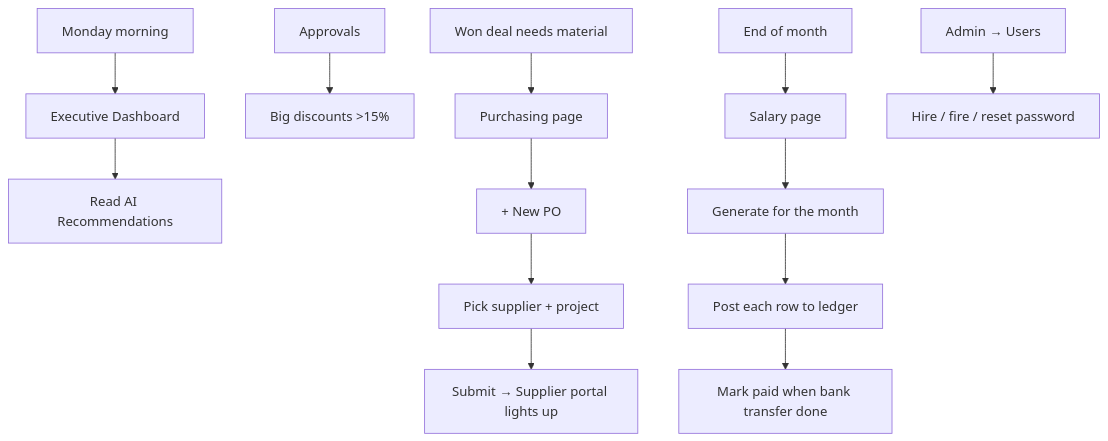
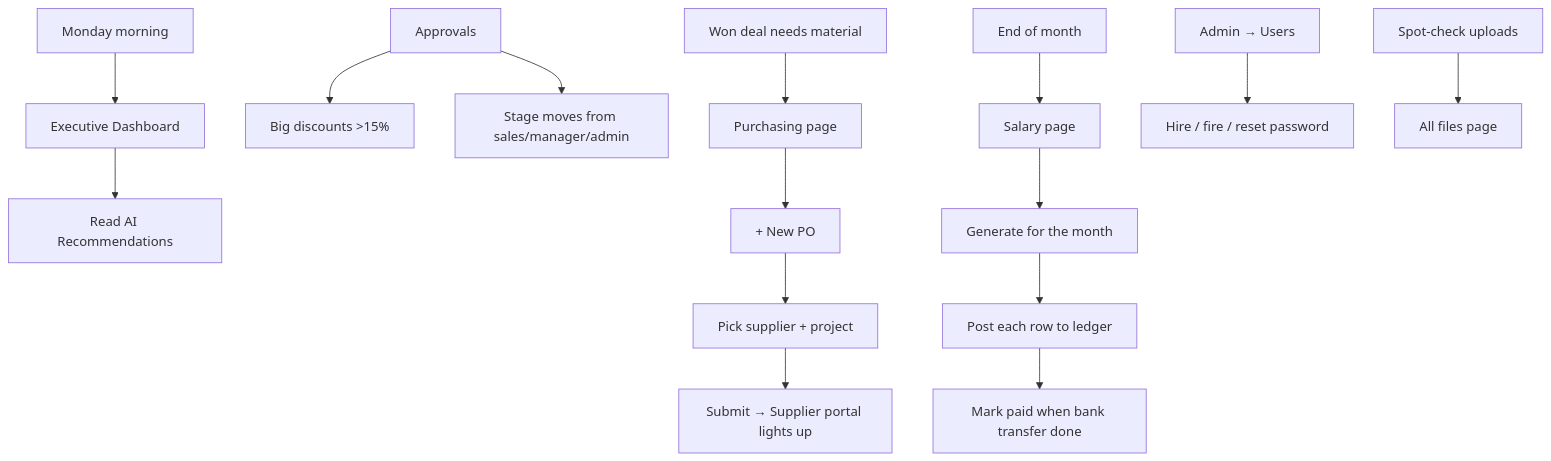
One commit to kakekong/Gay-boy- changed the seventh of 9 diagrams in docs/ROLE_GUIDES.md. Above: the diagram before and after it, drawn with Mermaid. The commit also changed other lines of this file and 2 other files, not shown here.

First line of the commit message:
Docs + in-app guide: stage-move approvals + All files

````diff
--- a/docs/ROLE_GUIDES.md
+++ b/docs/ROLE_GUIDES.md
@@ -226,15 +231,17 @@
 ```mermaid
 flowchart TD
     A[Monday morning] --> B[Executive Dashboard]
     B --> C[Read AI Recommendations]
     D[Approvals] --> E[Big discounts >15%]
+    D --> E2[Stage moves from sales/manager/admin]
     F[Won deal needs material] --> G[Purchasing page]
     G --> H[+ New PO]
     H --> I[Pick supplier + project]
     I --> J[Submit → Supplier portal lights up]
     K[End of month] --> L[Salary page]
     L --> M[Generate for the month]
     M --> N[Post each row to ledger]
     N --> O[Mark paid when bank transfer done]
     P[Admin → Users] --> Q[Hire / fire / reset password]
+    R[Spot-check uploads] --> S[All files page]
 ```
````
